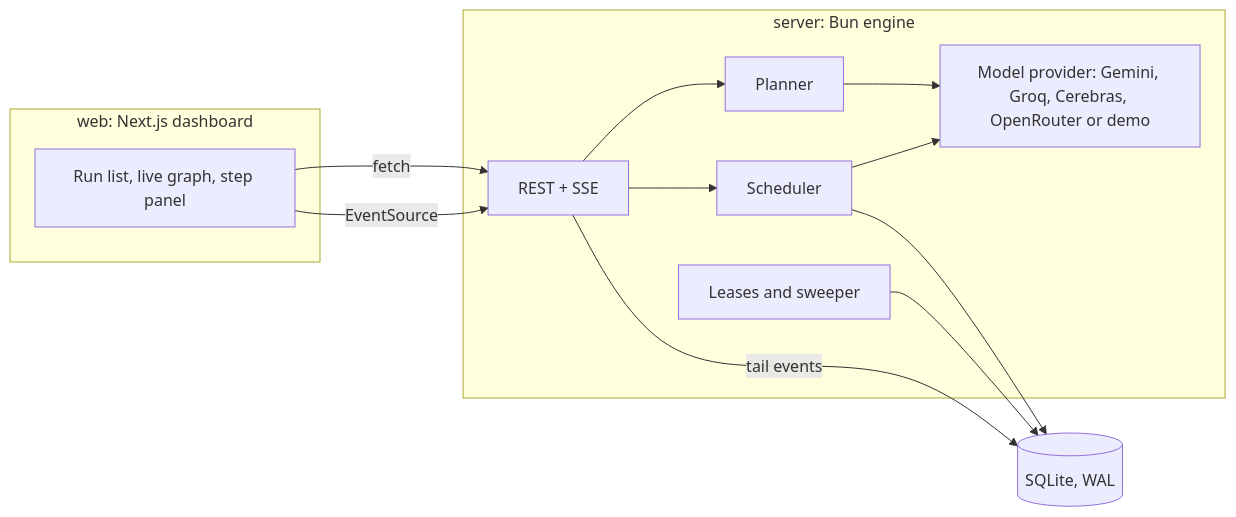
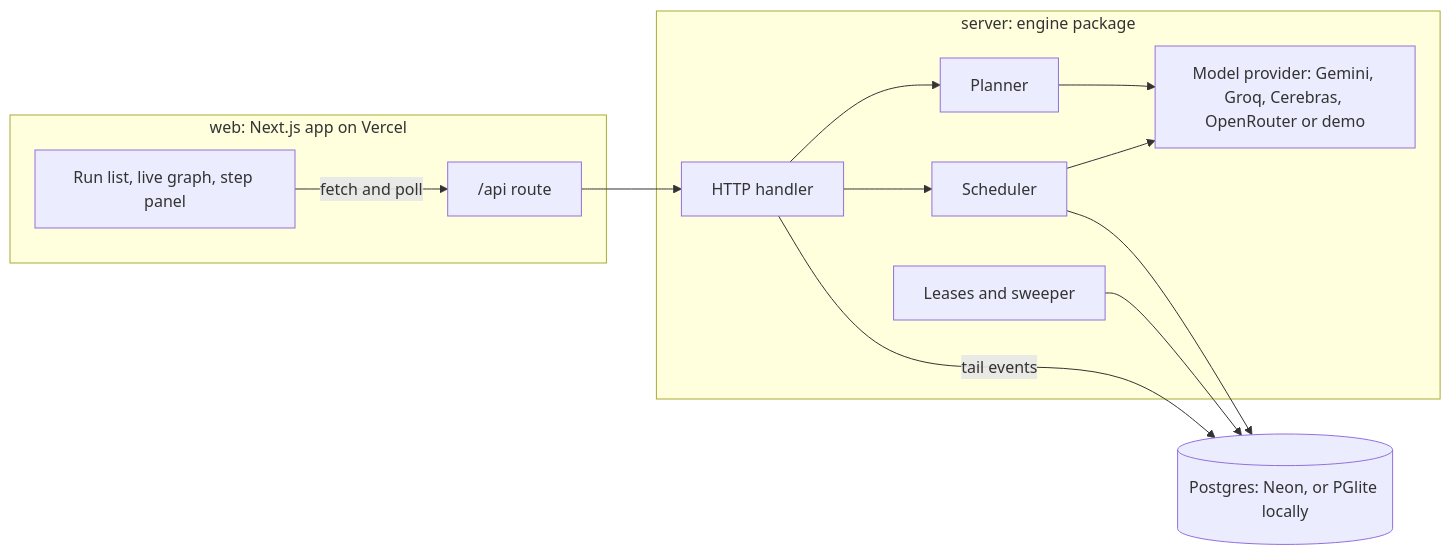
The diagram in README.md (PDGamerSG/Workflow-Orchestration-Engine), drawn with Mermaid before and after one commit. The commit also changed other lines of this file and 2 other files, not shown here.

First line of the commit message:
Document deploying to Vercel with Neon

````diff
--- a/README.md
+++ b/README.md
@@ -72,22 +64,22 @@
 ```mermaid
 flowchart LR
-  subgraph web [web: Next.js dashboard]
+  subgraph web [web: Next.js app on Vercel]
     UI[Run list, live graph, step panel]
+    ROUTE["/api route"]
   end
-  subgraph server [server: Bun engine]
-    API[REST + SSE]
+  subgraph server [server: engine package]
+    API[HTTP handler]
     PL[Planner]
     SCH[Scheduler]
     LSE[Leases and sweeper]
     LLM[Model provider: Gemini, Groq, Cerebras, OpenRouter or demo]
   end
-  DB[(SQLite, WAL)]
+  DB[(Postgres: Neon, or PGlite locally)]
 
-  UI -- fetch --> API
-  UI -- EventSource --> API
+  UI -- fetch and poll --> ROUTE --> API
   API --> PL --> LLM
   API --> SCH --> LLM
   SCH --> DB
   LSE --> DB
   API -- tail events --> DB
 ```
````
